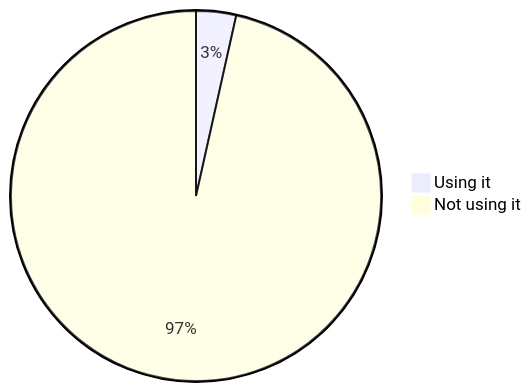
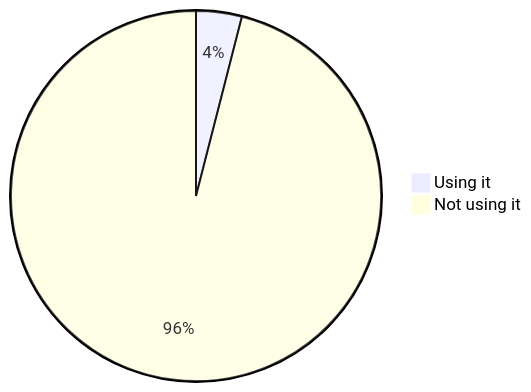
Before and after one commit to oshp/oshp-stats: the sixth of 22 diagrams in stats.md, drawn with Mermaid. The commit also changed other lines of this file, not shown here.

````diff
--- a/stats.md
+++ b/stats.md
@@ -70,6 +70,6 @@
 ```mermaid
 pie
-	"Using it" : 3.49
-	"Not using it" : 96.51
+	"Using it" : 3.99
+	"Not using it" : 96.01
 
 ```
````
